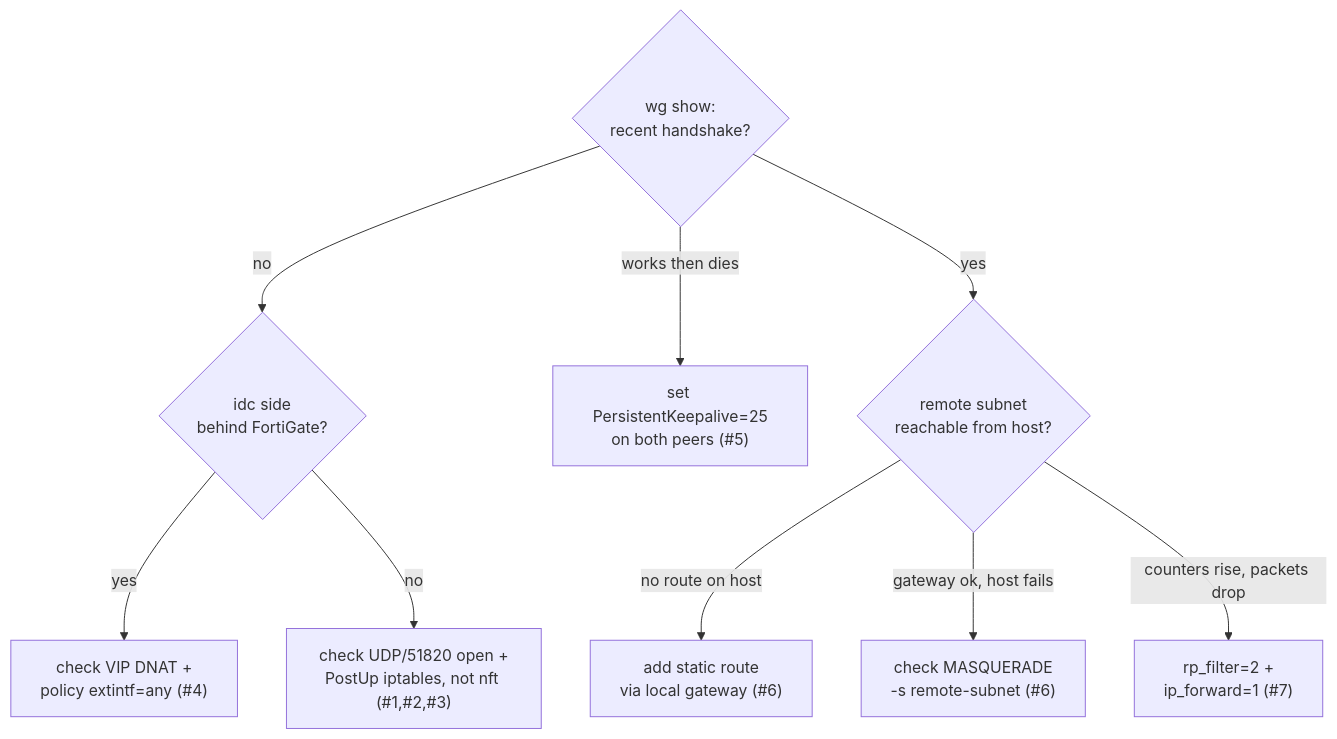
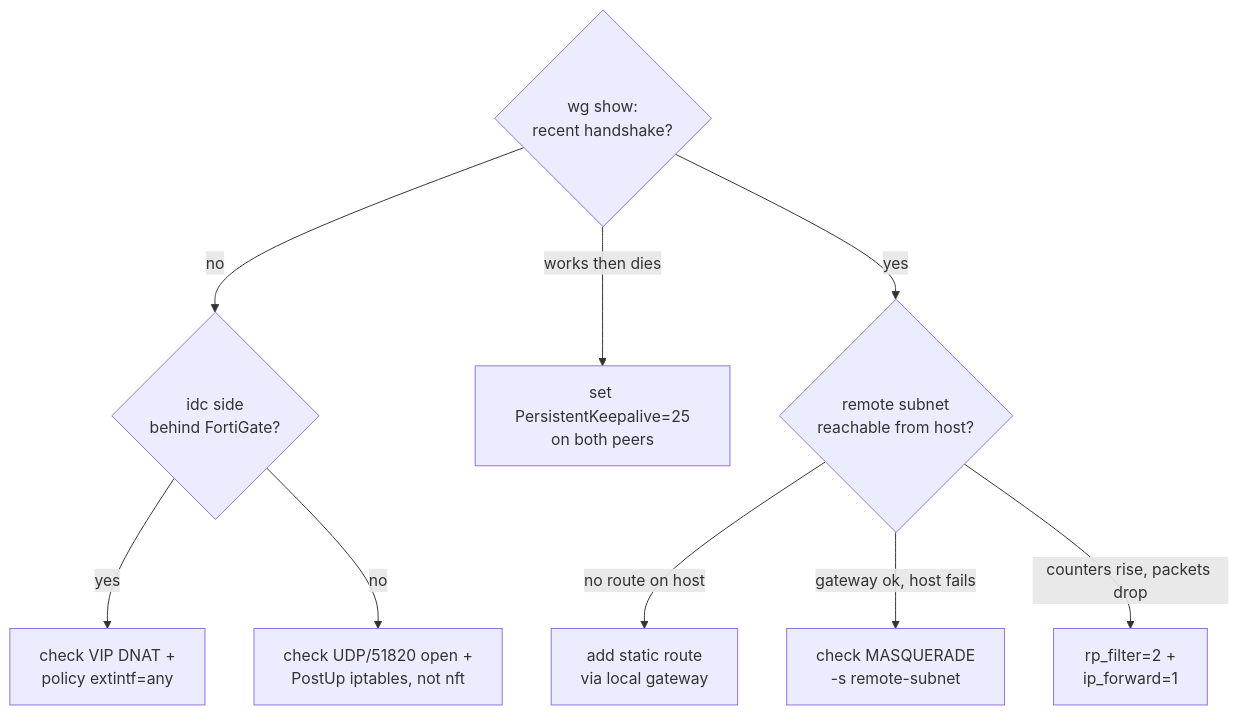
The diagram in diagrams/src/troubleshooting-tree.mmd (choekyeongseon/wireguard-k8s-multisite), drawn with Mermaid before and after one commit. The commit also changed 3 other files, not shown here.

First line of the commit message:
diagrams: drop dangling item numbers from the troubleshooting tree

```diff
--- a/diagrams/src/troubleshooting-tree.mmd
+++ b/diagrams/src/troubleshooting-tree.mmd
@@ -1,10 +1,10 @@
 flowchart TD
     A{"wg show:<br/>recent handshake?"}
     A -->|"no"| B{"idc side<br/>behind FortiGate?"}
-    B -->|"yes"| B1["check VIP DNAT +<br/>policy extintf=any (#4)"]
-    B -->|"no"| B2["check UDP/51820 open +<br/>PostUp iptables, not nft (#1,#2,#3)"]
-    A -->|"works then dies"| C["set PersistentKeepalive=25<br/>on both peers (#5)"]
+    B -->|"yes"| B1["check VIP DNAT +<br/>policy extintf=any"]
+    B -->|"no"| B2["check UDP/51820 open +<br/>PostUp iptables, not nft"]
+    A -->|"works then dies"| C["set PersistentKeepalive=25<br/>on both peers"]
     A -->|"yes"| D{"remote subnet<br/>reachable from host?"}
-    D -->|"no route on host"| E["add static route<br/>via local gateway (#6)"]
-    D -->|"gateway ok, host fails"| F["check MASQUERADE<br/>-s remote-subnet (#6)"]
-    D -->|"counters rise, packets drop"| G["rp_filter=2 +<br/>ip_forward=1 (#7)"]
+    D -->|"no route on host"| E["add static route<br/>via local gateway"]
+    D -->|"gateway ok, host fails"| F["check MASQUERADE<br/>-s remote-subnet"]
+    D -->|"counters rise, packets drop"| G["rp_filter=2 +<br/>ip_forward=1"]
```
